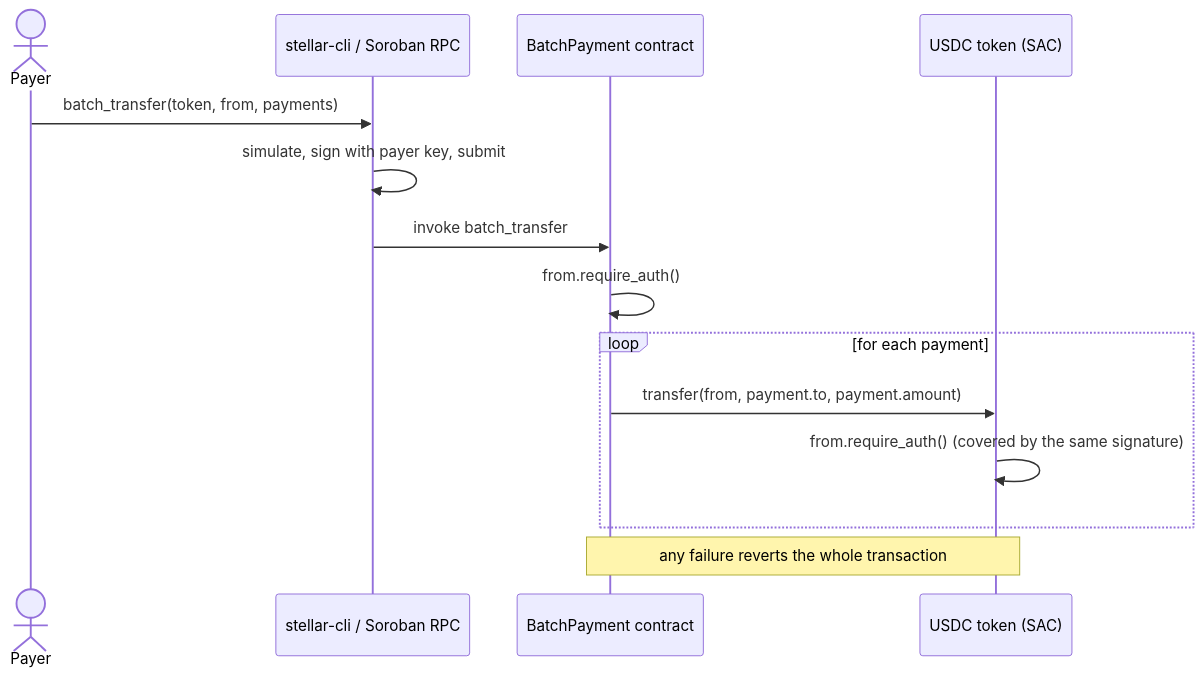
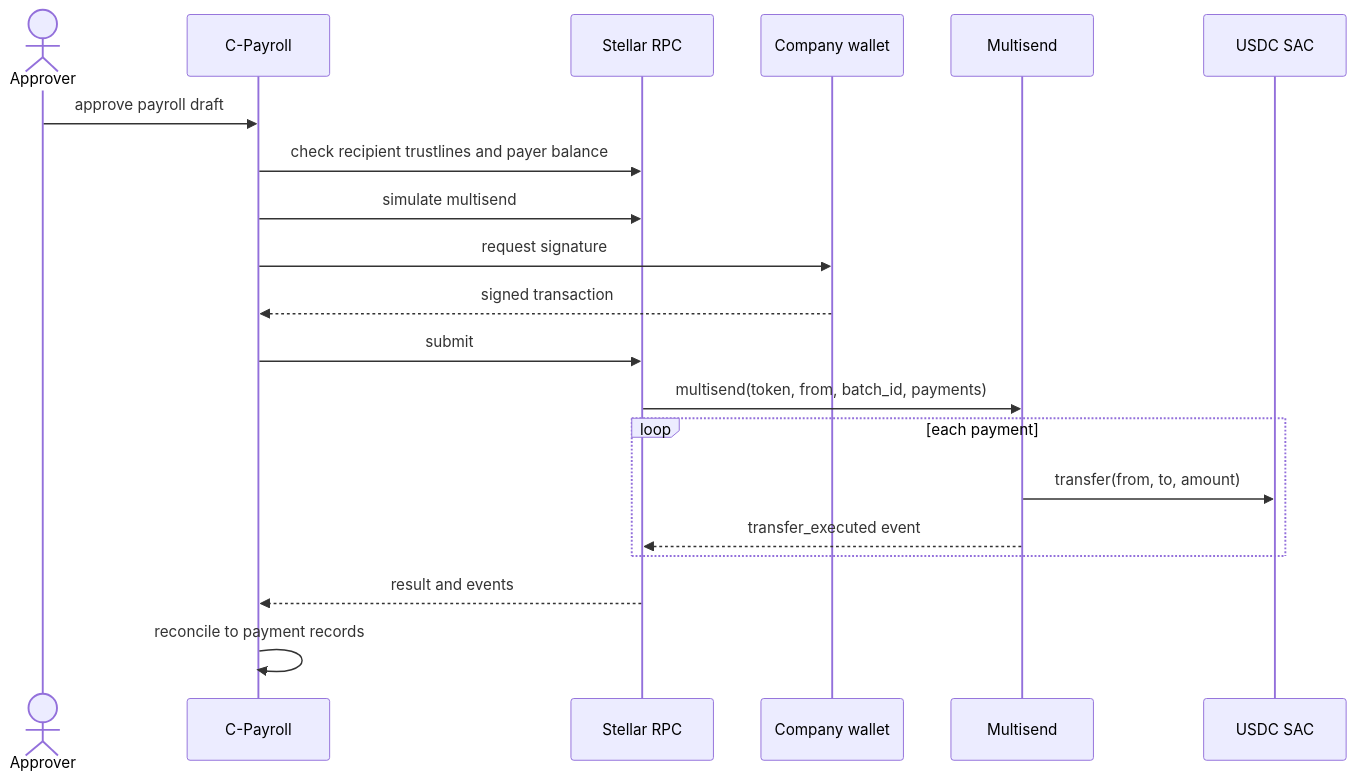
Before and after one commit to C-payments/batch-contract-stellar: the second of 3 diagrams in docs/ARCHITECTURE.md, drawn with Mermaid. The commit also changed other lines of this file, not shown here.

Commit message:
Replace architecture document with TAD v2

````diff
--- a/docs/ARCHITECTURE.md
+++ b/docs/ARCHITECTURE.md
@@ -39,17 +138,22 @@
 ```mermaid
 sequenceDiagram
-    actor Payer
-    participant CLI as stellar-cli / Soroban RPC
-    participant Batch as BatchPayment contract
-    participant Token as USDC token (SAC)
-
-    Payer->>CLI: batch_transfer(token, from, payments)
-    CLI->>CLI: simulate, sign with payer key, submit
-    CLI->>Batch: invoke batch_transfer
-    Batch->>Batch: from.require_auth()
-    loop for each payment
-        Batch->>Token: transfer(from, payment.to, payment.amount)
-        Token->>Token: from.require_auth() (covered by the same signature)
-    end
-    Note over Batch,Token: any failure reverts the whole transaction
+  actor A as Approver
+  participant CP as C-Payroll
+  participant R as Stellar RPC
+  participant W as Company wallet
+  participant M as Multisend
+  participant T as USDC SAC
+  A->>CP: approve payroll draft
+  CP->>R: check recipient trustlines and payer balance
+  CP->>R: simulate multisend
+  CP->>W: request signature
+  W-->>CP: signed transaction
+  CP->>R: submit
+  R->>M: multisend(token, from, batch_id, payments)
+  loop each payment
+    M->>T: transfer(from, to, amount)
+    M-->>R: transfer_executed event
+  end
+  R-->>CP: result and events
+  CP->>CP: reconcile to payment records
 ```
````
